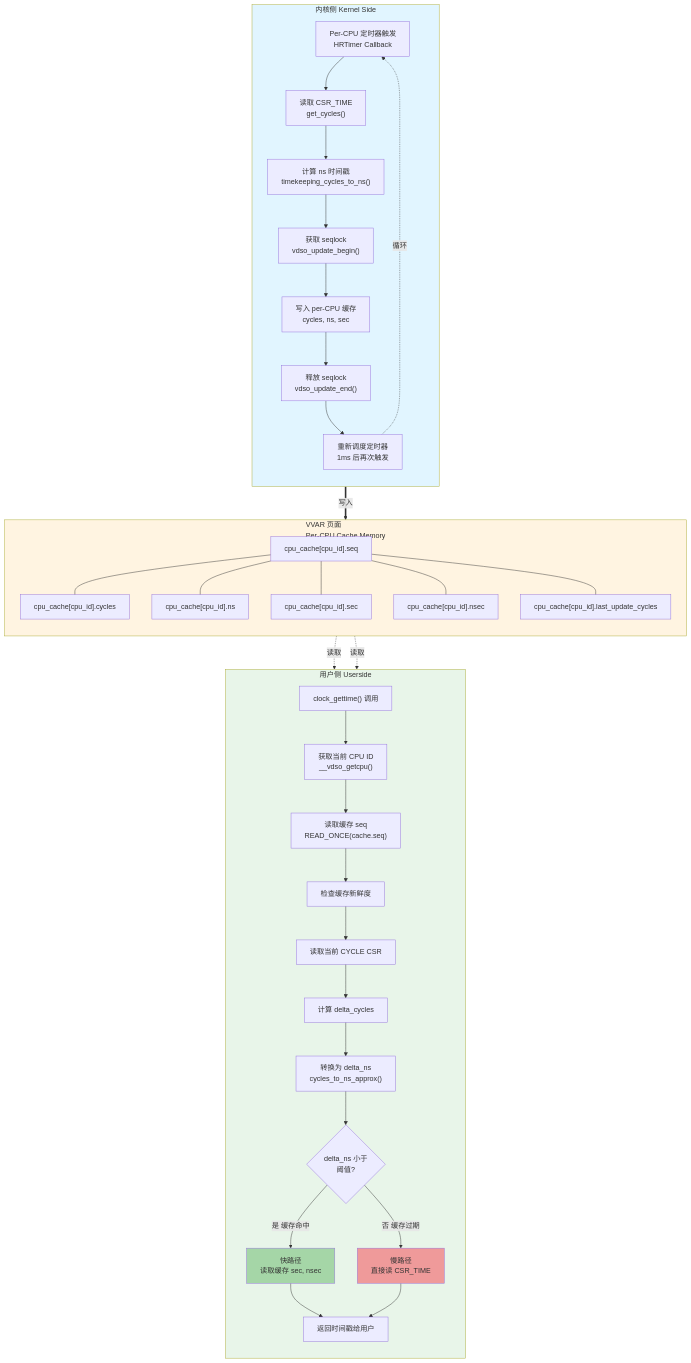
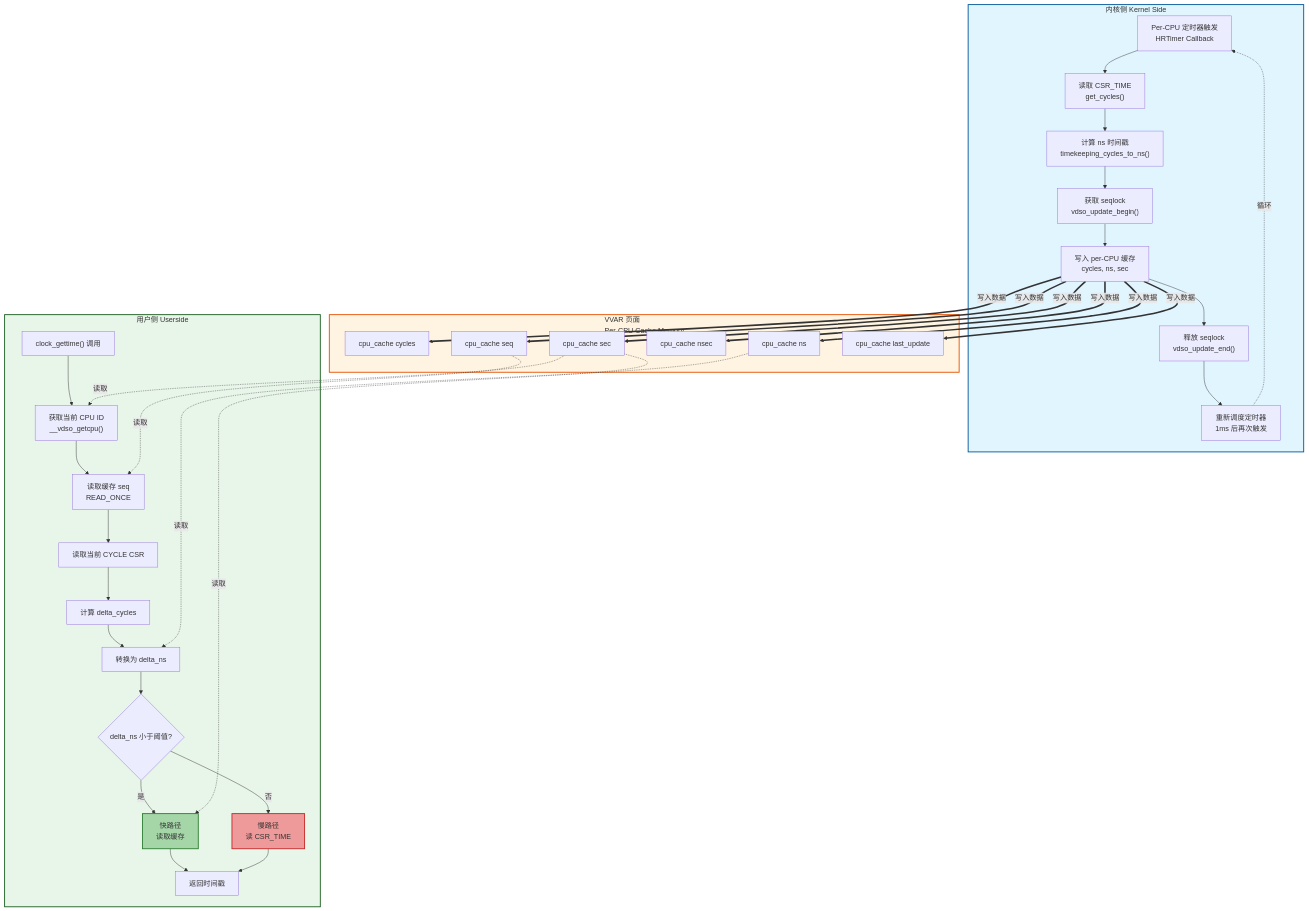
Before and after one commit to zcxGGmu/linux-riscv-docs: the eighth of 8 diagrams in kernel/vdso/res/cc-glm/use-subagents/RISC-V_vDSO_时间戳缓存优化方案_完整版.md, drawn with Mermaid. The commit also changed other lines of this file, not shown here.

Commit message:
docs: reorganize A.3 data flow diagram to vertical layout
Change the data flow diagram to clear vertical arrangement:
- Use flowchart TB (top-bottom) for main layout
- Three sections stacked vertically: Kernel → VVAR → User
- Simplify node labels for better readability
- Add explicit stroke styling for section borders
- Show clear data flow arrows between sections

The flow now reads naturally from top to bottom:
1. Kernel writes to VVAR (6 data fields)
2. User reads from VVAR (fast path)
3. User falls back to slow path if cache stale

````diff
--- a/kernel/vdso/res/cc-glm/use-subagents/RISC-V_vDSO_时间戳缓存优化方案_完整版.md
+++ b/kernel/vdso/res/cc-glm/use-subagents/RISC-V_vDSO_时间戳缓存优化方案_完整版.md
@@ -1623,71 +1623,63 @@
 ```mermaid
 flowchart TB
     subgraph KERNEL["内核侧 Kernel Side"]
-        direction TB
-        A1["Per-CPU 定时器触发<br/>HRTimer Callback"]
-        A2["读取 CSR_TIME<br/>get_cycles()"]
-        A3["计算 ns 时间戳<br/>timekeeping_cycles_to_ns()"]
-        A4["获取 seqlock<br/>vdso_update_begin()"]
-        A5["写入 per-CPU 缓存<br/>cycles, ns, sec"]
-        A6["释放 seqlock<br/>vdso_update_end()"]
-        A7["重新调度定时器<br/>1ms 后再次触发"]
+        K1["Per-CPU 定时器触发<br/>HRTimer Callback"]
+        K2["读取 CSR_TIME<br/>get_cycles()"]
+        K3["计算 ns 时间戳<br/>timekeeping_cycles_to_ns()"]
+        K4["获取 seqlock<br/>vdso_update_begin()"]
+        K5["写入 per-CPU 缓存<br/>cycles, ns, sec"]
+        K6["释放 seqlock<br/>vdso_update_end()"]
+        K7["重新调度定时器<br/>1ms 后再次触发"]
 
-        A1 --> A2 --> A3 --> A4 --> A5 --> A6 --> A7
-        A7 -.->|循环| A1
+        K1 --> K2 --> K3 --> K4 --> K5 --> K6 --> K7
+        K7 -.->|循环| K1
     end
 
     subgraph VVAR["VVAR 页面<br/>Per-CPU Cache Memory"]
-        direction TB
-        B1["cpu_cache[cpu_id].cycles"]
-        B2["cpu_cache[cpu_id].ns"]
-        B3["cpu_cache[cpu_id].sec"]
-        B4["cpu_cache[cpu_id].nsec"]
-        B5["cpu_cache[cpu_id].seq"]
-        B6["cpu_cache[cpu_id].last_update_cycles"]
-
-        B5 --- B1
-        B5 --- B2
-        B5 --- B3
-        B5 --- B4
-        B5 --- B6
+        V1["cpu_cache cycles"]
+        V2["cpu_cache ns"]
+        V3["cpu_cache sec"]
+        V4["cpu_cache nsec"]
+        V5["cpu_cache seq"]
+        V6["cpu_cache last_update"]
     end
 
     subgraph USER["用户侧 Userside"]
-        direction TB
-        C1["clock_gettime() 调用"]
-        C2["获取当前 CPU ID<br/>__vdso_getcpu()"]
-        C3["读取缓存 seq<br/>READ_ONCE(cache.seq)"]
+        U1["clock_gettime() 调用"]
+        U2["获取当前 CPU ID<br/>__vdso_getcpu()"]
+        U3["读取缓存 seq<br/>READ_ONCE"]
+        U4["读取当前 CYCLE CSR"]
+        U5["计算 delta_cycles"]
+        U6["转换为 delta_ns"]
+        U7{delta_ns 小于阈值?}
+        U8["快路径<br/>读取缓存"]
+        U9["慢路径<br/>读 CSR_TIME"]
+        U10["返回时间戳"]
 
-        C4["检查缓存新鲜度"]
-        C5["读取当前 CYCLE CSR"]
-        C6["计算 delta_cycles"]
-        C7["转换为 delta_ns<br/>cycles_to_ns_approx()"]
-
-        C8{delta_ns 小于<br/>阈值?}
-
-        C9["快路径<br/>读取缓存 sec, nsec"]
-        C10["慢路径<br/>直接读 CSR_TIME"]
-
-        C11["返回时间戳给用户"]
-
-        C1 --> C2 --> C3 --> C4
-        C4 --> C5 --> C6 --> C7 --> C8
-        C8 -->|是 缓存命中| C9
-        C8 -->|否 缓存过期| C10
-        C9 --> C11
-        C10 --> C11
+        U1 --> U2 --> U3 --> U4 --> U5 --> U6 --> U7
+        U7 -->|是| U8
+        U7 -->|否| U9
+        U8 --> U10
+        U9 --> U10
     end
 
-    %% 内核到 VVAR 的数据流
-    A5 ==>|写入| VVAR
+    %% 内核到 VVAR 的数据流（竖直）
+    K5 ==>|写入数据| V1
+    K5 ==>|写入数据| V2
+    K5 ==>|写入数据| V3
+    K5 ==>|写入数据| V4
+    K5 ==>|写入数据| V5
+    K5 ==>|写入数据| V6
 
-    %% VVAR 到用户的数据流
-    VVAR -.->|读取| C3
-    VVAR -.->|读取| C9
+    %% VVAR 到用户的数据流（竖直）
+    V3 -.->|读取| U2
+    V5 -.->|读取| U3
+    V2 -.->|读取| U6
+    V3 -.->|读取| U8
 
-    style KERNEL fill:#e1f5ff
-    style VVAR fill:#fff4e1
-    style USER fill:#e8f5e9
-    style C9 fill:#a5d6a7
-    style C10 fill:#ef9a9a
+    style KERNEL fill:#e1f5ff,stroke:#01579b,stroke-width:2px
+    style VVAR fill:#fff4e1,stroke:#e65100,stroke-width:2px
+    style USER fill:#e8f5e9,stroke:#1b5e20,stroke-width:2px
+    style U8 fill:#a5d6a7,stroke:#2e7d32,stroke-width:2px
+    style U9 fill:#ef9a9a,stroke:#c62828,stroke-width:2px
 ```
````
